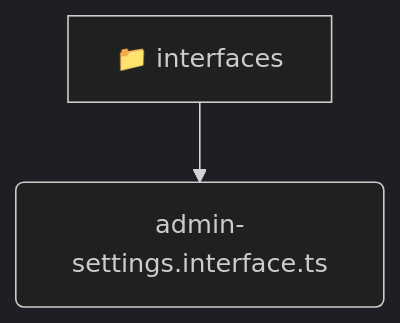
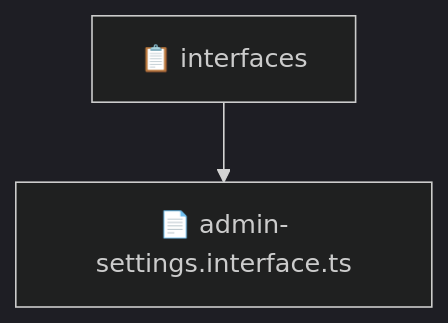
Before and after one commit to beginwebdev2002/fullstack-mavluda: the diagram in backend/src/modules/admin-settings/domain/interfaces/README.md, drawn with Mermaid (dark theme). The commit also changed other lines of this file and 163 other files, not shown here.

````diff
--- a/backend/src/modules/admin-settings/domain/interfaces/README.md
+++ b/backend/src/modules/admin-settings/domain/interfaces/README.md
@@ -9,5 +10,5 @@
 ```mermaid
 graph TD
-  interfaces[📁 interfaces]
-  interfaces --> interfaces_admin_settings_interface_ts(admin-settings.interface.ts)
+  Root["📋 interfaces"]
+  Root --> adminsettingsinterfacets["📄 admin-settings.interface.ts"]
 ```
````
